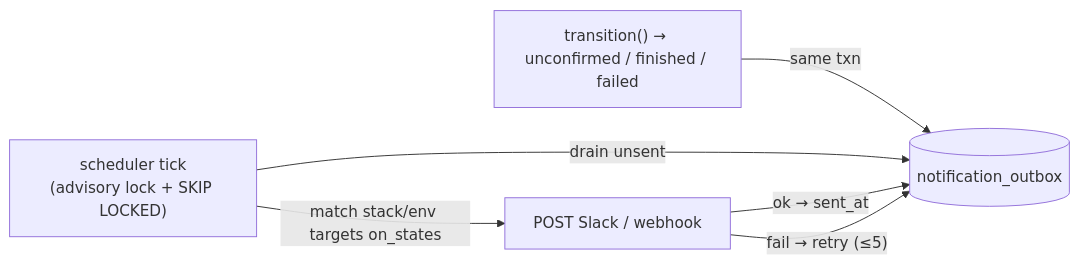
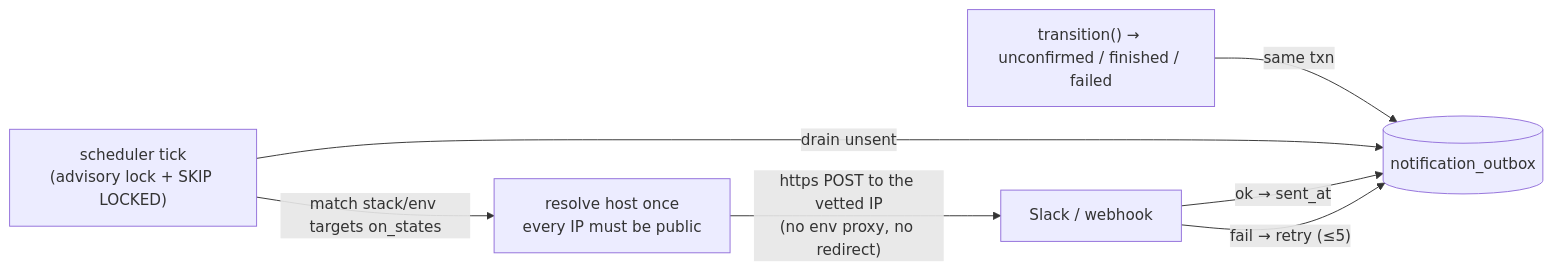
The fifth of 6 diagrams in docs/ARCHITECTURE.md (fmiquel90/stackd), drawn with Mermaid before and after one commit. The commit also changed other lines of this file and 1 other file, not shown here.

First line of the commit message:
docs: align concepts and architecture with saved-plan apply and job-scoped state

````diff
--- a/docs/ARCHITECTURE.md
+++ b/docs/ARCHITECTURE.md
@@ -127,8 +169,9 @@
 ```mermaid
 flowchart LR
     T["transition() → unconfirmed / finished / failed"] -->|"same txn"| OB[("notification_outbox")]
     SCH["scheduler tick<br/>(advisory lock + SKIP LOCKED)"] -->|"drain unsent"| OB
-    SCH -->|"match stack/env targets on_states"| POST["POST Slack / webhook"]
+    SCH -->|"match stack/env targets on_states"| DNS["resolve host once<br/>every IP must be public"]
+    DNS -->|"https POST to the vetted IP<br/>(no env proxy, no redirect)"| POST["Slack / webhook"]
     POST -->|"ok → sent_at"| OB
     POST -->|"fail → retry (≤5)"| OB
 ```
````
